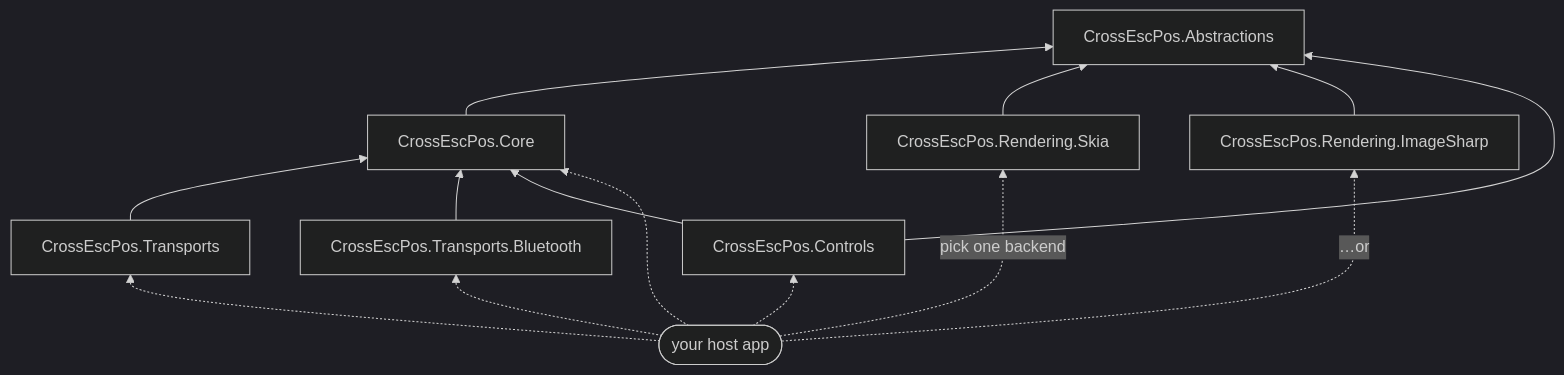
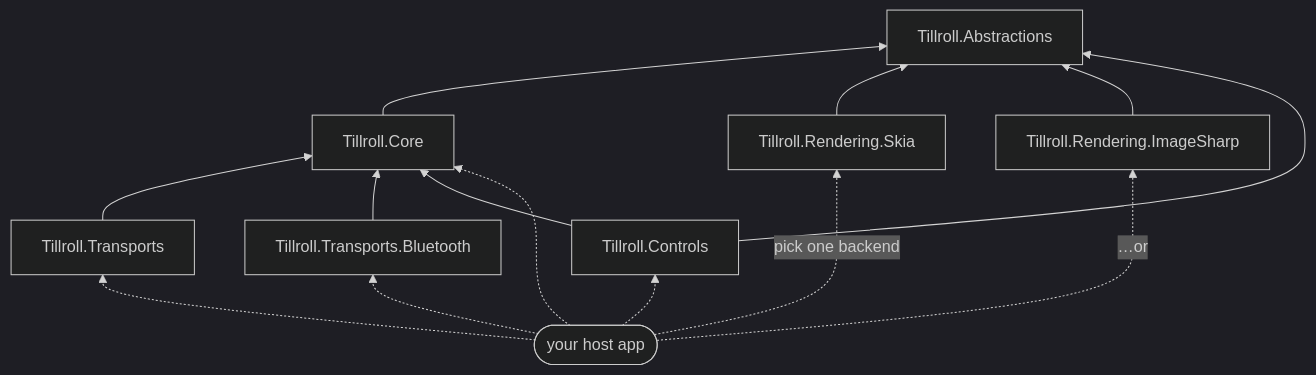
Before and after one commit to hasana3n/tillroll: the diagram in docs/Packages.md, drawn with Mermaid (dark theme). The commit also changed other lines of this file and 557 other files, not shown here.

First line of the commit message:
rebrand: CrossEscPos is now Tillroll

````diff
--- a/docs/Packages.md
+++ b/docs/Packages.md
@@ -22,18 +22,18 @@
 ```mermaid
 flowchart BT
-    Abstractions["CrossEscPos.Abstractions"]
-    Core["CrossEscPos.Core"] --> Abstractions
-    Skia["CrossEscPos.Rendering.Skia"] --> Abstractions
-    ImageSharp["CrossEscPos.Rendering.ImageSharp"] --> Abstractions
-    Transports["CrossEscPos.Transports"] --> Core
-    Bluetooth["CrossEscPos.Transports.Bluetooth"] --> Core
-    Controls["CrossEscPos.Controls"] --> Core
+    Abstractions["Tillroll.Abstractions"]
+    Core["Tillroll.Core"] --> Abstractions
+    Skia["Tillroll.Rendering.Skia"] --> Abstractions
+    ImageSharp["Tillroll.Rendering.ImageSharp"] --> Abstractions
+    Transports["Tillroll.Transports"] --> Core
+    Bluetooth["Tillroll.Transports.Bluetooth"] --> Core
+    Controls["Tillroll.Controls"] --> Core
     Controls --> Abstractions
 
     Host(["your host app"]) -.-> Core
     Host -.->|"pick one backend"| Skia
     Host -.->|"…or"| ImageSharp
     Host -.-> Controls
     Host -.-> Transports
     Host -.-> Bluetooth
 ```
````
